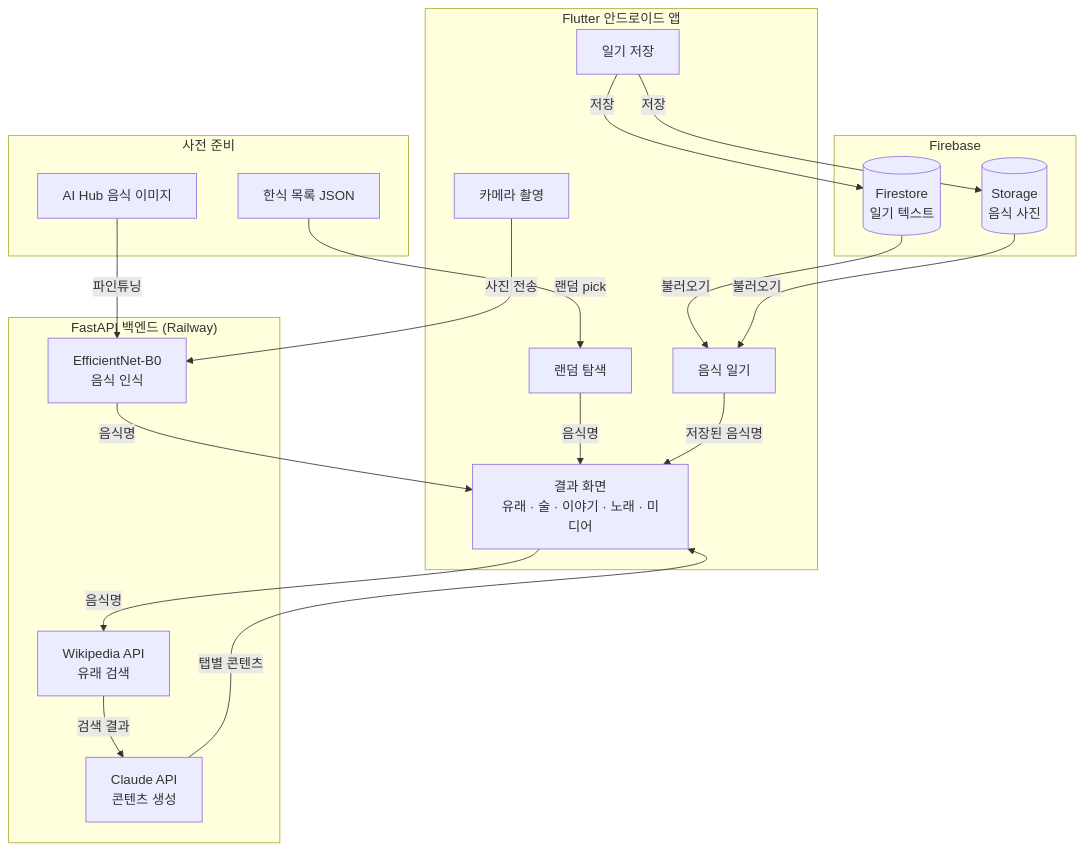
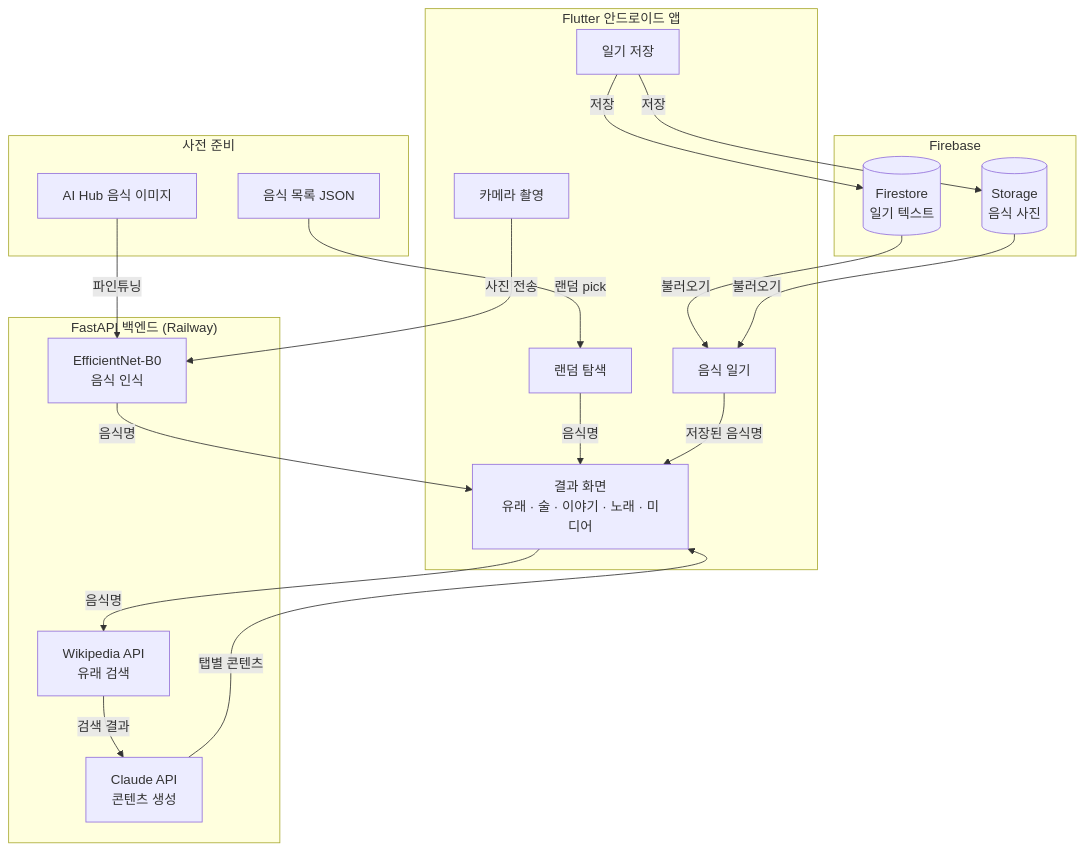
One commit to chalice355/Capstone-Design changed the first of 3 diagrams in food_cam/README (3).md. Above: the diagram before and after it, drawn with Mermaid.

Commit message:
Update README (3).md

````diff
--- a/food_cam/README (3).md
+++ b/food_cam/README (3).md
@@ -21,42 +21,42 @@
 ```mermaid
 graph TB
     subgraph READY["사전 준비"]
         AIHUB[AI Hub 음식 이미지]
-        FOODLIST[한식 목록 JSON]
+        FOODLIST[음식 목록 JSON]
     end
 
     subgraph APP["Flutter 안드로이드 앱"]
         CAM[카메라 촬영]
         RAND[랜덤 탐색]
         DIARY[음식 일기]
         TABS[결과 화면\n유래 · 술 · 이야기 · 노래 · 미디어]
         SAVE[일기 저장]
     end
 
     subgraph SERVER["FastAPI 백엔드 (Railway)"]
         MODEL[EfficientNet-B0\n음식 인식]
         WIKI[Wikipedia API\n유래 검색]
         CLAUDE[Claude API\n콘텐츠 생성]
     end
 
     subgraph FIREBASE["Firebase"]
         STORE[(Firestore\n일기 텍스트)]
         STORAGE[(Storage\n음식 사진)]
     end
 
     AIHUB -->|파인튜닝| MODEL
     FOODLIST -->|랜덤 pick| RAND
 
     CAM -->|사진 전송| MODEL
     MODEL -->|음식명| TABS
     RAND -->|음식명| TABS
     DIARY -->|저장된 음식명| TABS
 
     TABS -->|음식명| WIKI
     WIKI -->|검색 결과| CLAUDE
     CLAUDE -->|탭별 콘텐츠| TABS
 
     SAVE -->|저장| STORE
     SAVE -->|저장| STORAGE
     STORE & STORAGE -->|불러오기| DIARY
 ```
````
